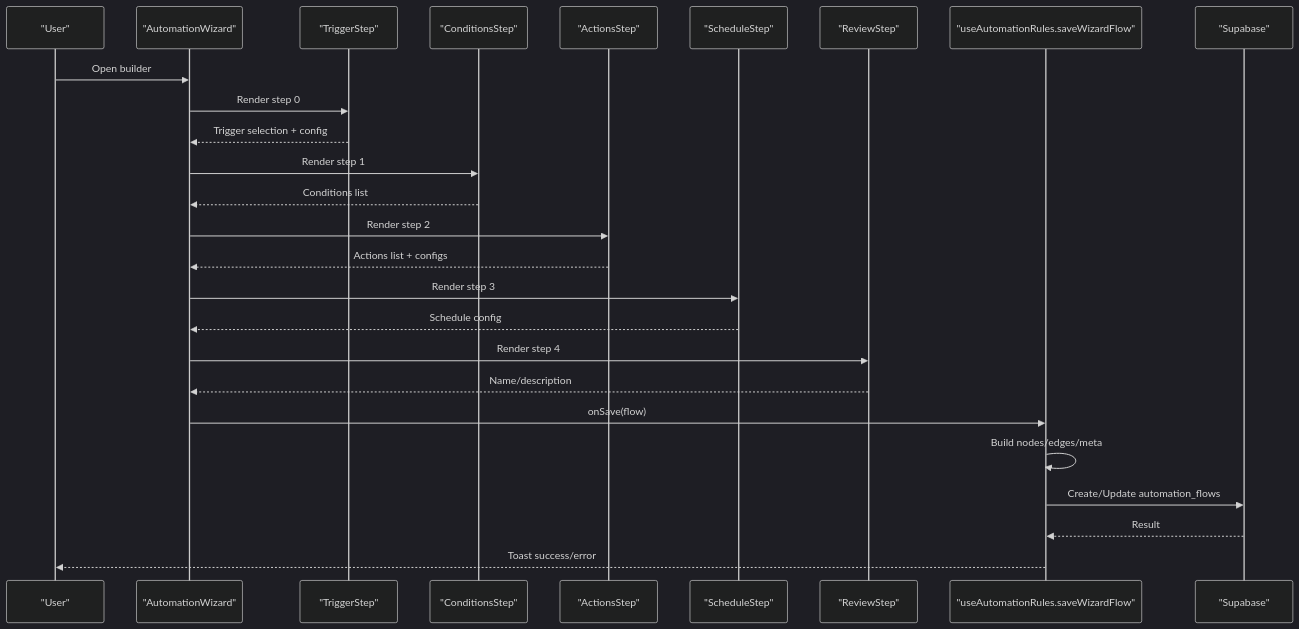
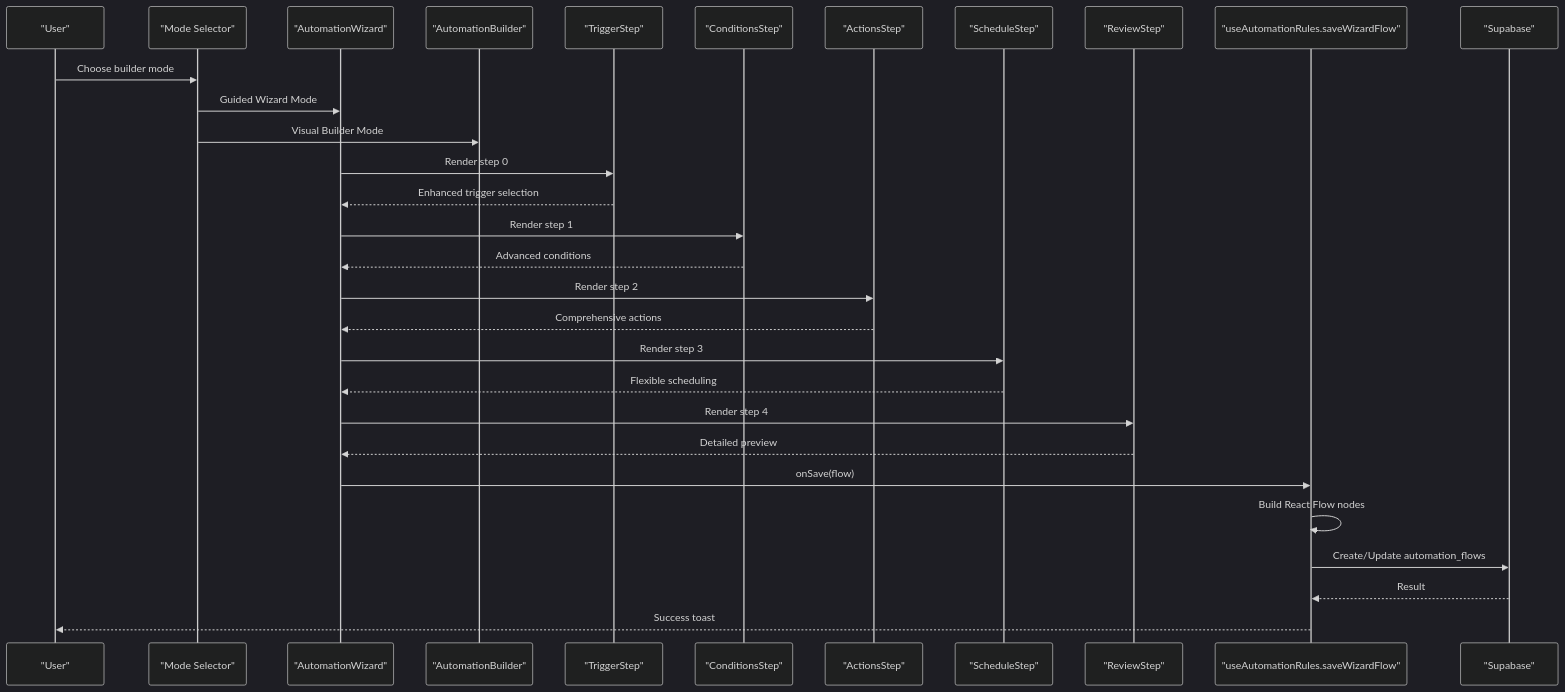
The second of 10 diagrams in .qoder/repowiki/en/content/Automation System/Automation Flow Builder.md (gastaldellomarco/pcReady), drawn with Mermaid (dark theme) before and after one commit. The commit also changed other lines of this file and 19 other files, not shown here.

First line of the commit message:
feat(automation): enhance Automation Flow Builder with dual-mode design and advanced UI

````diff
--- a/.qoder/repowiki/en/content/Automation System/Automation Flow Builder.md
+++ b/.qoder/repowiki/en/content/Automation System/Automation Flow Builder.md
@@ -117,28 +133,32 @@
 ```mermaid
 sequenceDiagram
 participant U as "User"
+participant MODE as "Mode Selector"
 participant W as "AutomationWizard"
+participant AB as "AutomationBuilder"
 participant TS as "TriggerStep"
 participant CS as "ConditionsStep"
 participant AS as "ActionsStep"
 participant SS as "ScheduleStep"
 participant RS as "ReviewStep"
 participant HR as "useAutomationRules.saveWizardFlow"
 participant DB as "Supabase"
-U->>W : Open builder
+U->>MODE : Choose builder mode
+MODE->>W : Guided Wizard Mode
+MODE->>AB : Visual Builder Mode
 W->>TS : Render step 0
-TS-->>W : Trigger selection + config
+TS-->>W : Enhanced trigger selection
 W->>CS : Render step 1
-CS-->>W : Conditions list
+CS-->>W : Advanced conditions
 W->>AS : Render step 2
-AS-->>W : Actions list + configs
+AS-->>W : Comprehensive actions
 W->>SS : Render step 3
-SS-->>W : Schedule config
+SS-->>W : Flexible scheduling
 W->>RS : Render step 4
-RS-->>W : Name/description
+RS-->>W : Detailed preview
 W->>HR : onSave(flow)
-HR->>HR : Build nodes/edges/meta
+HR->>HR : Build React Flow nodes
 HR->>DB : Create/Update automation_flows
 DB-->>HR : Result
-HR-->>U : Toast success/error
+HR-->>U : Success toast
 ```
````
